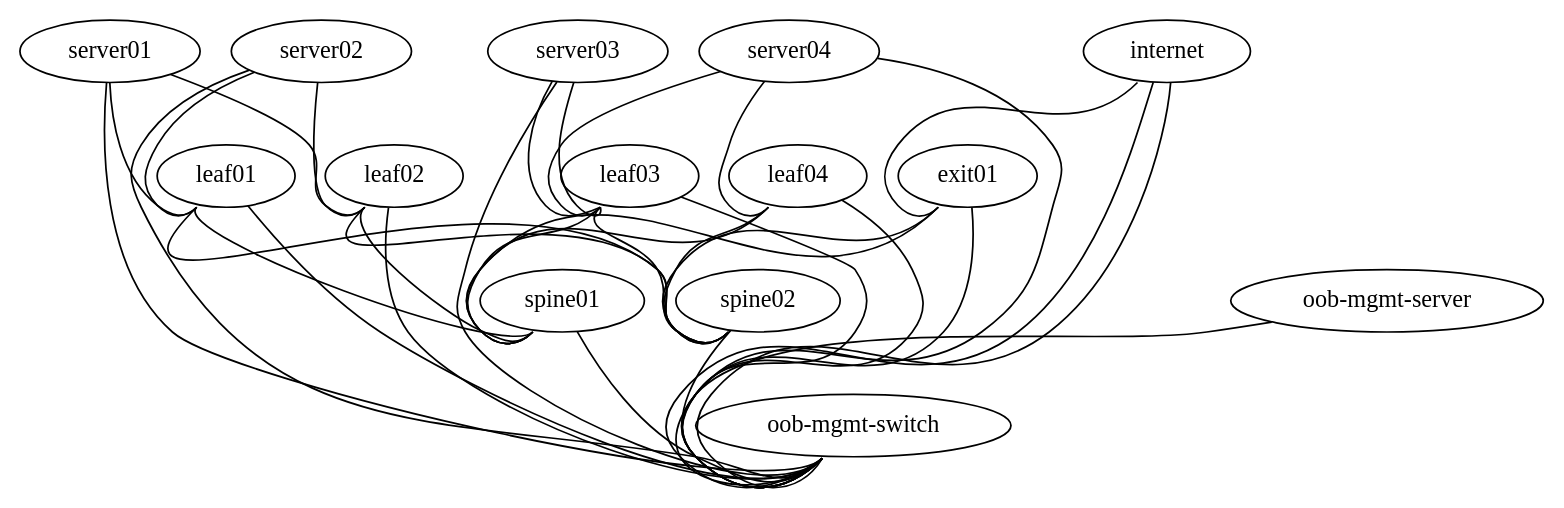
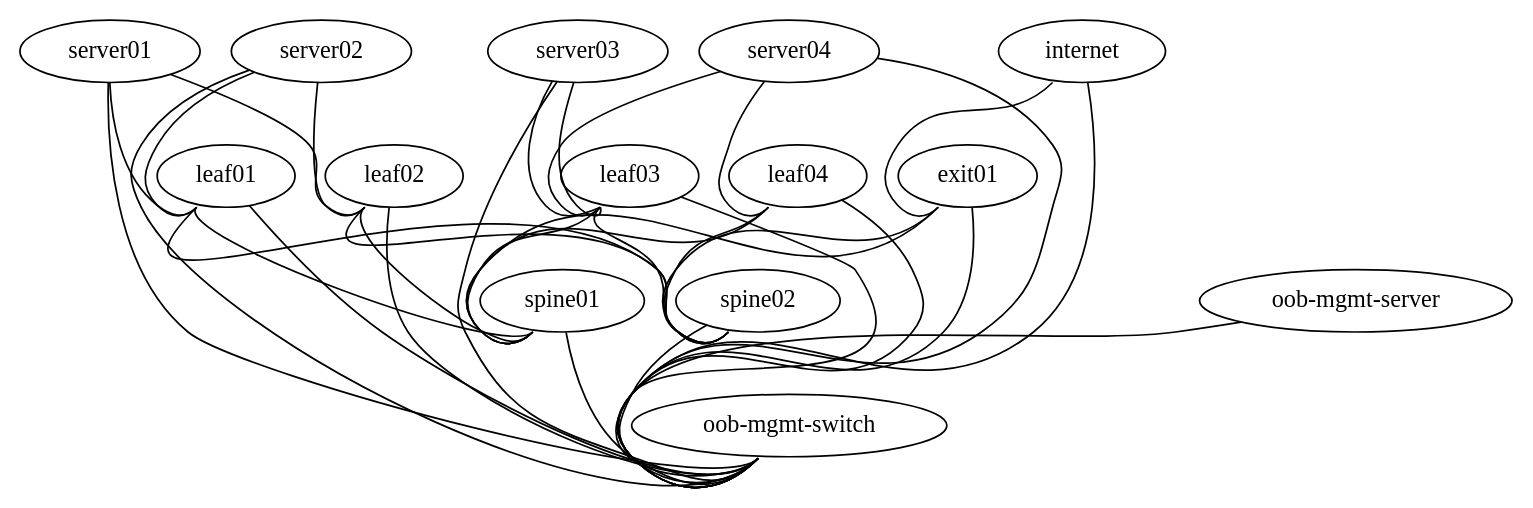
One commit to laquiante/OpenNetworking-004 changed the diagram in topology.dot. Above: the diagram before and after it, drawn with Graphviz.

```diff
--- a/topology.dot
+++ b/topology.dot
@@ -1,70 +1,69 @@
 graph vx {
 
  "spine01" [function="spine" os="CumulusCommunity/cumulus-vx" version="3.7.11" memory="768" config="./helper_scripts/config_switch.sh" ]
  "leaf01" [function="leaf" os="CumulusCommunity/cumulus-vx" version="3.7.11" memory="768" config="./helper_scripts/config_switch.sh" ]
  "leaf02" [function="leaf" os="CumulusCommunity/cumulus-vx" version="3.7.11" memory="768" config="./helper_scripts/config_switch.sh" ]
 
  "spine02" [function="spine" os="CumulusCommunity/cumulus-vx" version="3.7.11" memory="768" config="./helper_scripts/config_switch.sh" ]
  "leaf03" [function="leaf" os="CumulusCommunity/cumulus-vx" version="3.7.11" memory="768" config="./helper_scripts/config_switch.sh" ]
  "leaf04" [function="leaf" os="CumulusCommunity/cumulus-vx" version="3.7.11" memory="768" config="./helper_scripts/config_switch.sh" ]
 
  "server01" [function="host" os="yk0/ubuntu-xenial" memory="512" config="./helper_scripts/config_server.sh" ]
  "server02" [function="host" os="yk0/ubuntu-xenial" memory="512" config="./helper_scripts/config_server.sh" ]
  "server03" [function="host" os="yk0/ubuntu-xenial" memory="512" config="./helper_scripts/config_server.sh" ]
  "server04" [function="host" os="yk0/ubuntu-xenial" memory="512" config="./helper_scripts/config_server.sh" ]
 
  "exit01" [function="exit" os="CumulusCommunity/cumulus-vx" version="3.7.11" memory="768" config="./helper_scripts/config_switch.sh" ]
  "internet" [function="internet" vagrant="swp48" os="CumulusCommunity/cumulus-vx" version="3.7.11" memory="768" config="./helper_scripts/config_internet.sh" ]
 
  "oob-mgmt-switch" [function="oob-switch" vagrant="eth0" os="CumulusCommunity/cumulus-vx" version="3.7.11" memory="768" config="./helper_scripts/config_oob_switch.sh" ]
  "oob-mgmt-server" [function="oob-server" vagrant="eth0" os="CumulusCommunity/vx_oob_server" version="1.0.4" memory="1024" config="./helper_scripts/config_oob_server.sh" ]
 
  "leaf01":"swp51" -- "spine01":"swp1"
  "leaf01":"swp52" -- "spine02":"swp1"
  
  "server01":"eth1" -- "leaf01":"swp1" [left_mac="00:00:01:11:11:01"]
  "server01":"eth2" -- "leaf02":"swp1" [left_mac="00:00:01:11:11:02"]
 
  "leaf02":"swp51" -- "spine01":"swp2"
  "leaf02":"swp52" -- "spine02":"swp2"
  
  "server02":"eth1" -- "leaf01":"swp2" [left_mac="00:00:01:11:11:03"]
  "server02":"eth2" -- "leaf02":"swp2" [left_mac="00:00:01:11:11:04"]
 
  "leaf03":"swp51" -- "spine01":"swp3"
  "leaf03":"swp52" -- "spine02":"swp3"
  
  "server03":"eth1" -- "leaf03":"swp1" [left_mac="00:00:01:11:11:05"]
  "server03":"eth2" -- "leaf03":"swp1" [left_mac="00:00:01:11:11:06"]
  
  "leaf04":"swp51" -- "spine01":"swp4"
  "leaf04":"swp52" -- "spine02":"swp4"
 
  "server04":"eth1" -- "leaf03":"swp2" [left_mac="00:00:01:11:11:07"]
  "server04":"eth2" -- "leaf04":"swp2" [left_mac="00:00:01:11:11:08"]
  
  "oob-mgmt-server":"eth1" -- "oob-mgmt-switch":"swp1" [right_mac="a0:00:00:00:00:61"]
 
  "server01":"eth0" -- "oob-mgmt-switch":"swp2" [left_mac="a0:00:00:00:00:31"]
  "server02":"eth0" -- "oob-mgmt-switch":"swp3" [left_mac="a0:00:00:00:00:32"]
  "server03":"eth0" -- "oob-mgmt-switch":"swp4" [left_mac="a0:00:00:00:00:33"]
  "server04":"eth0" -- "oob-mgmt-switch":"swp5" [left_mac="a0:00:00:00:00:34"]
- 
- "internet":"eth0" -- "oob-mgmt-switch":"swp6" [left_mac="a0:00:00:00:00:35"]
+
+ "internet":"swp1" -- "exit01":"swp11"
  
  "exit01":"swp51" -- "spine01":"swp10"
  "exit01":"swp52" -- "spine02":"swp10"
- "internet":"swp1" -- "exit01":"swp11"
 
  "leaf01":"eth0" -- "oob-mgmt-switch":"swp7" [left_mac="a0:00:00:00:00:11"]
  "leaf02":"eth0" -- "oob-mgmt-switch":"swp8" [left_mac="a0:00:00:00:00:12"]
  "leaf03":"eth0" -- "oob-mgmt-switch":"swp9" [left_mac="a0:00:00:00:00:13"]
  "leaf04":"eth0" -- "oob-mgmt-switch":"swp10" [left_mac="a0:00:00:00:00:14"]
  
  "exit01":"eth0" -- "oob-mgmt-switch":"swp14" [left_mac="a0:00:00:00:00:41"]
  "internet":"eth0" -- "oob-mgmt-switch":"swp15" [left_mac="a0:00:00:00:00:50"]
  
  
  "spine01":"eth0" -- "oob-mgmt-switch":"swp12" [left_mac="a0:00:00:00:00:21"]
  "spine02":"eth0" -- "oob-mgmt-switch":"swp13" [left_mac="a0:00:00:00:00:22"]
 }
```
